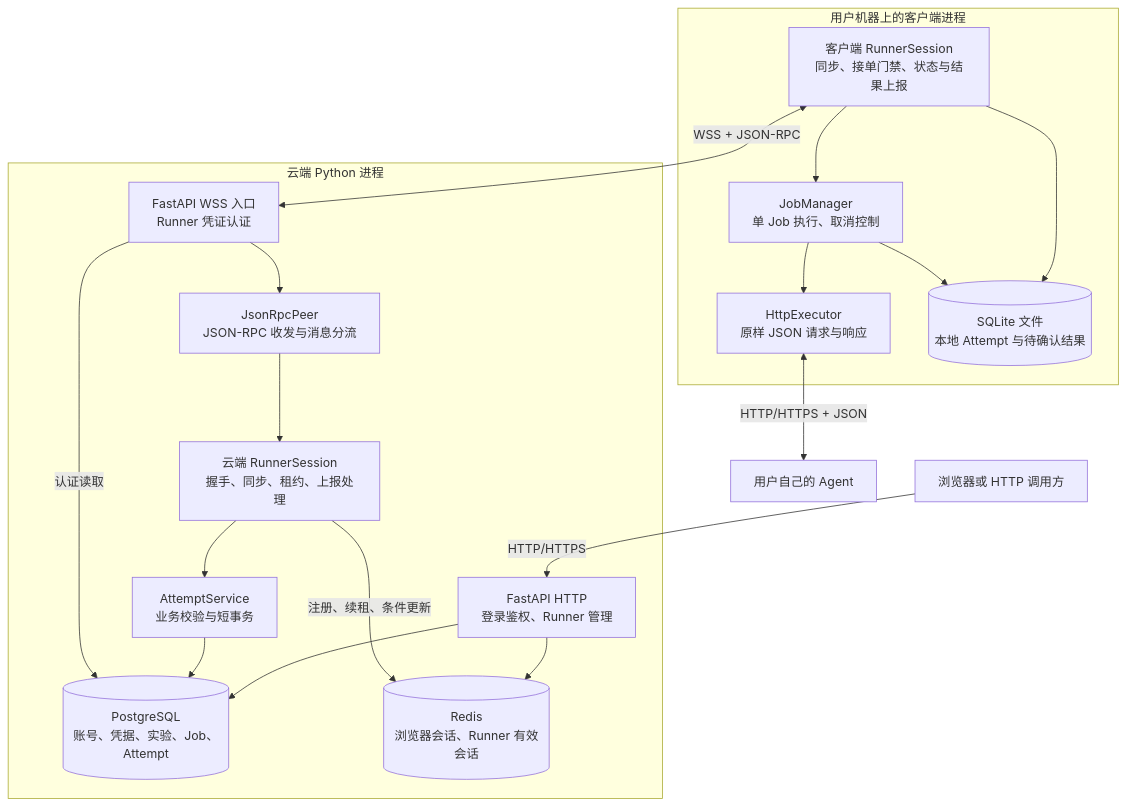
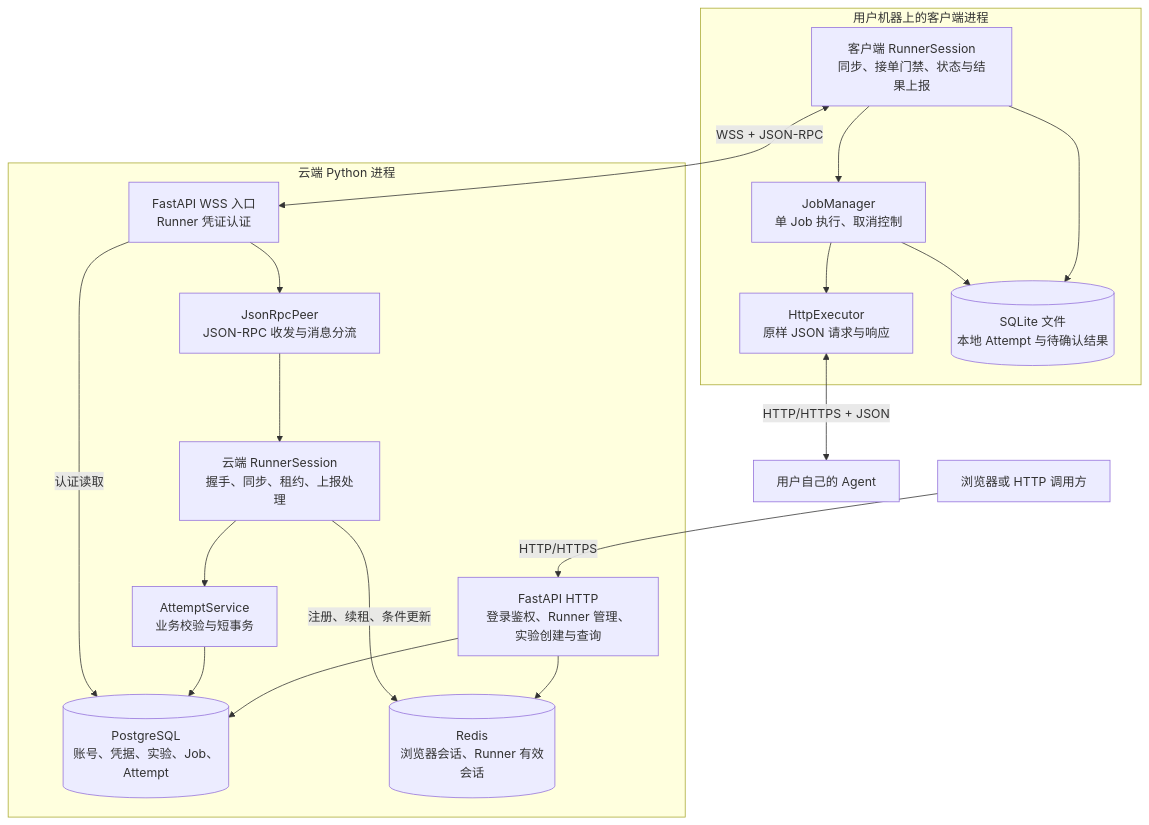
Before and after one commit to qinghuan136/EvalForge: the first of 10 diagrams in docs/当前项目架构图解.md, drawn with Mermaid. The commit also changed other lines of this file and 17 other files, not shown here.

````diff
--- a/docs/当前项目架构图解.md
+++ b/docs/当前项目架构图解.md
@@ -7,28 +7,28 @@
 ```mermaid
 flowchart TB
     Browser["浏览器或 HTTP 调用方"]
     subgraph Cloud["云端 Python 进程"]
-        API["FastAPI HTTP<br/>登录鉴权、Runner 管理"]
+        API["FastAPI HTTP<br/>登录鉴权、Runner 管理、实验创建与查询"]
         WS["FastAPI WSS 入口<br/>Runner 凭证认证"]
         Peer["JsonRpcPeer<br/>JSON-RPC 收发与消息分流"]
         Session["云端 RunnerSession<br/>握手、同步、租约、上报处理"]
         Service["AttemptService<br/>业务校验与短事务"]
         API --> PG[("PostgreSQL<br/>账号、凭据、实验、Job、Attempt")]
         API --> Redis[("Redis<br/>浏览器会话、Runner 有效会话")]
         WS --> Peer --> Session --> Service --> PG
         WS -->|"认证读取"| PG
         Session -->|"注册、续租、条件更新"| Redis
     end
     subgraph Client["用户机器上的客户端进程"]
         CS["客户端 RunnerSession<br/>同步、接单门禁、状态与结果上报"]
         JM["JobManager<br/>单 Job 执行、取消控制"]
         HTTP["HttpExecutor<br/>原样 JSON 请求与响应"]
         Local[("SQLite 文件<br/>本地 Attempt 与待确认结果")]
         CS --> JM --> HTTP
         CS --> Local
         JM --> Local
     end
     Browser -->|"HTTP/HTTPS"| API
     CS <-->|"WSS + JSON-RPC"| WS
     HTTP <-->|"HTTP/HTTPS + JSON"| Agent["用户自己的 Agent"]
 ```
````
